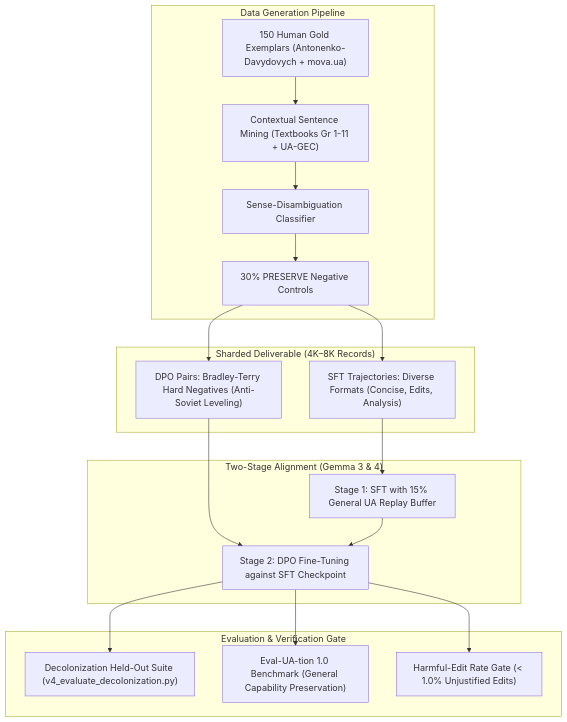
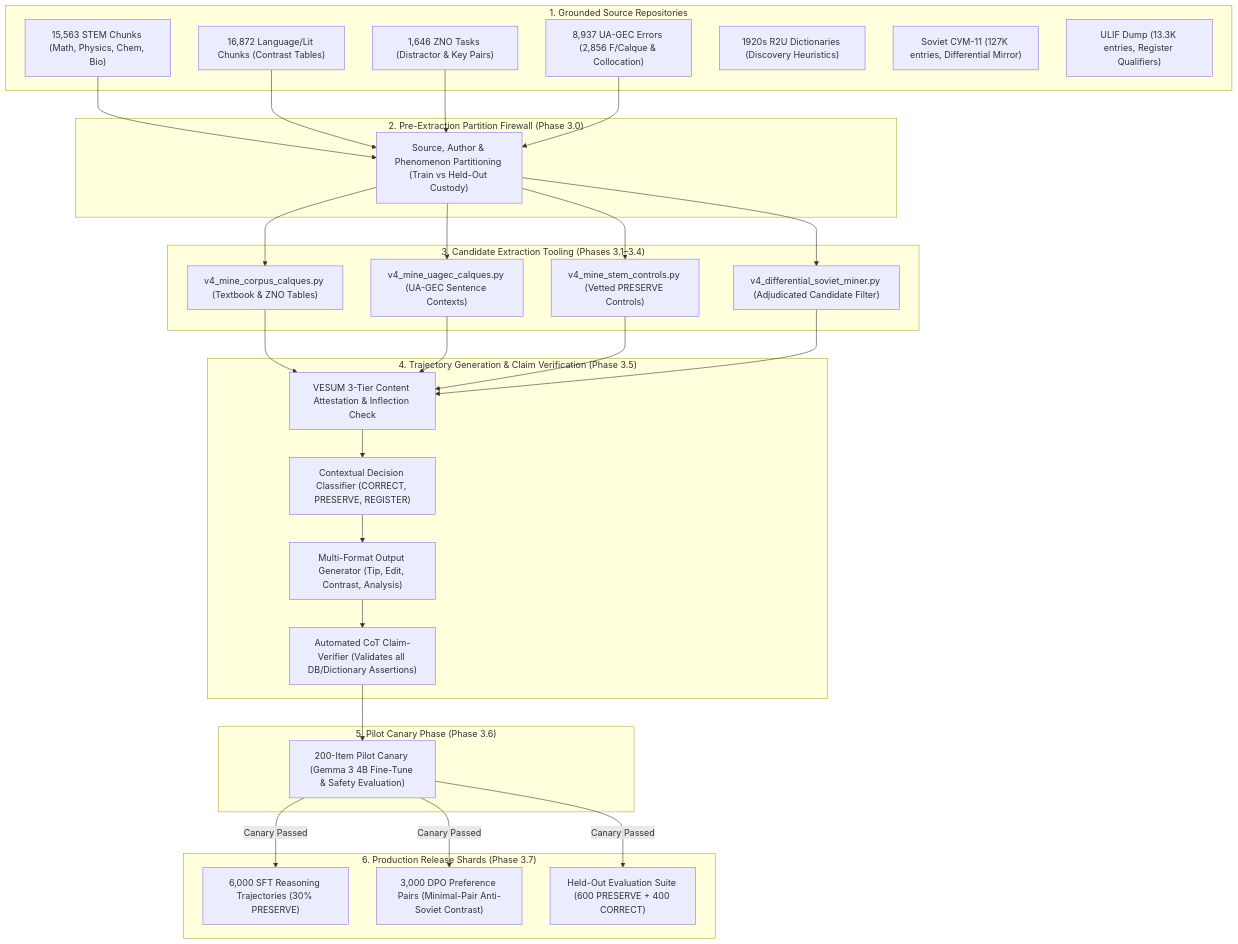
Before and after one commit to learn-ukrainian/learn-ukrainian.github.io: the diagram in docs/projects/open-model-data/DECOLONIZATION_EPIC_ARCHITECTURE.md, drawn with Mermaid. The commit also changed other lines of this file and 2 other files, not shown here.

First line of the commit message:
docs(open-model-data): expand decolonization epic architecture and corpus operational plan (#6321) (#8004)

````diff
--- a/docs/projects/open-model-data/DECOLONIZATION_EPIC_ARCHITECTURE.md
+++ b/docs/projects/open-model-data/DECOLONIZATION_EPIC_ARCHITECTURE.md
@@ -79,34 +94,45 @@
 ```mermaid
 flowchart TD
-    subgraph DataGen ["Data Generation Pipeline"]
-        G1["150 Human Gold Exemplars (Antonenko-Davydovych + mova.ua)"]
-        G2["Contextual Sentence Mining (Textbooks Gr 1-11 + UA-GEC)"]
-        G3["Sense-Disambiguation Classifier"]
-        G4["30% PRESERVE Negative Controls"]
-        G1 --> G2 --> G3 --> G4
+    subgraph Sources ["1. Grounded Source Repositories"]
+        T1["15,563 STEM Chunks (Math, Physics, Chem, Bio)"]
+        T2["16,872 Language/Lit Chunks (Contrast Tables)"]
+        Z1["1,646 ZNO Tasks (Distractor & Key Pairs)"]
+        G1["8,937 UA-GEC Errors (2,856 F/Calque & Collocation)"]
+        R1["1920s R2U Dictionaries (Discovery Heuristics)"]
+        S1["Soviet СУМ-11 (127K entries, Differential Mirror)"]
+        U1["ULIF Dump (13.3K entries, Register Qualifiers)"]
     end
 
-    subgraph Shards ["Sharded Deliverable (4K–8K Records)"]
-        S1["SFT Trajectories: Diverse Formats (Concise, Edits, Analysis)"]
-        S2["DPO Pairs: Bradley-Terry Hard Negatives (Anti-Soviet Leveling)"]
-        G4 --> S1
-        G4 --> S2
+    subgraph Partitioning ["2. Pre-Extraction Partition Firewall (Phase 3.0)"]
+        PF["Source, Author & Phenomenon Partitioning (Train vs Held-Out Custody)"]
+        T1 & T2 & Z1 & G1 --> PF
     end
 
-    subgraph Training ["Two-Stage Alignment (Gemma 3 & 4)"]
-        T1["Stage 1: SFT with 15% General UA Replay Buffer"]
-        T2["Stage 2: DPO Fine-Tuning against SFT Checkpoint"]
-        S1 --> T1
-        S2 --> T2
-        T1 --> T2
+    subgraph Extraction ["3. Candidate Extraction Tooling (Phases 3.1–3.4)"]
+        E1["v4_mine_corpus_calques.py (Textbook & ZNO Tables)"]
+        E2["v4_mine_uagec_calques.py (UA-GEC Sentence Contexts)"]
+        E3["v4_mine_stem_controls.py (Vetted PRESERVE Controls)"]
+        E4["v4_differential_soviet_miner.py (Adjudicated Candidate Filter)"]
+        PF --> E1 & E2 & E3 & E4
     end
 
-    subgraph Evaluation ["Evaluation & Verification Gate"]
-        E1["Decolonization Held-Out Suite (v4_evaluate_decolonization.py)"]
-        E2["Eval-UA-tion 1.0 Benchmark (General Capability Preservation)"]
-        E3["Harmful-Edit Rate Gate (< 1.0% Unjustified Edits)"]
-        T2 --> E1
-        T2 --> E2
-        T2 --> E3
+    subgraph Synthesis ["4. Trajectory Generation & Claim Verification (Phase 3.5)"]
+        V1["VESUM 3-Tier Content Attestation & Inflection Check"]
+        V2["Contextual Decision Classifier (CORRECT, PRESERVE, REGISTER)"]
+        V3["Multi-Format Output Generator (Tip, Edit, Contrast, Analysis)"]
+        V4["Automated CoT Claim-Verifier (Validates all DB/Dictionary Assertions)"]
+        E1 & E2 & E3 & E4 --> V1 --> V2 --> V3 --> V4
+    end
+
+    subgraph Canary ["5. Pilot Canary Phase (Phase 3.6)"]
+        PC["200-Item Pilot Canary (Gemma 3 4B Fine-Tune & Safety Evaluation)"]
+        V4 --> PC
+    end
+
+    subgraph Deliverables ["6. Production Release Shards (Phase 3.7)"]
+        D1["6,000 SFT Reasoning Trajectories (30% PRESERVE)"]
+        D2["3,000 DPO Preference Pairs (Minimal-Pair Anti-Soviet Contrast)"]
+        D3["Held-Out Evaluation Suite (600 PRESERVE + 400 CORRECT)"]
+        PC -->|Canary Passed| D1 & D2 & D3
     end
 ```
````
